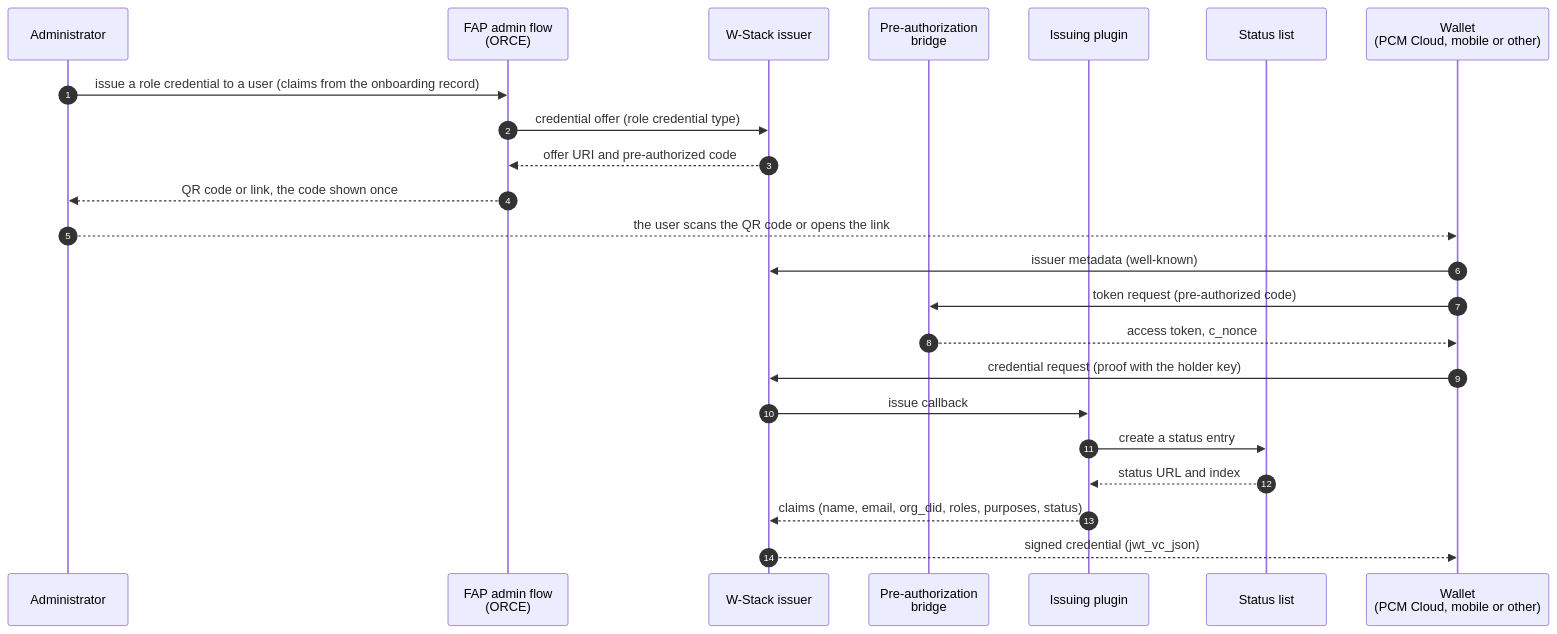
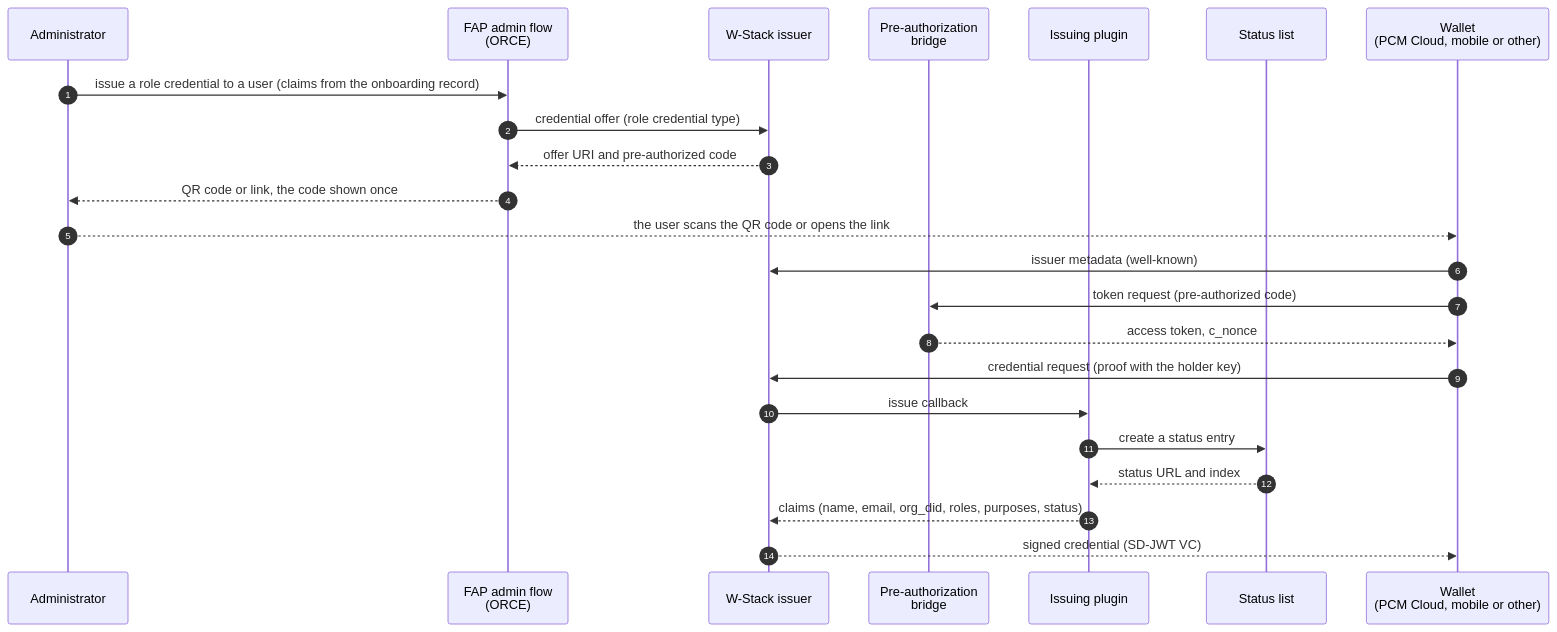
One commit to balessan/facis-fap-iot-ai changed the third of 9 diagrams in docs/architecture/icam-flows.md. Above: the diagram before and after it, drawn with Mermaid. The commit also changed other lines of this file and 9 other files, not shown here.

First line of the commit message:
docs: DSP identity profile, and the participant's wallet in the identity flows

````diff
--- a/docs/architecture/icam-flows.md
+++ b/docs/architecture/icam-flows.md
@@ -96,25 +108,25 @@
 ```mermaid
 sequenceDiagram
   autonumber
   participant A as Administrator
   participant ORCE as FAP admin flow<br/>(ORCE)
   participant ISS as W-Stack issuer
   participant PAB as Pre-authorization<br/>bridge
   participant PLG as Issuing plugin
   participant SL as Status list
   participant W as Wallet<br/>(PCM Cloud, mobile or other)
   A->>ORCE: issue a role credential to a user (claims from the onboarding record)
   ORCE->>ISS: credential offer (role credential type)
   ISS-->>ORCE: offer URI and pre-authorized code
   ORCE-->>A: QR code or link, the code shown once
   A-->>W: the user scans the QR code or opens the link
   W->>ISS: issuer metadata (well-known)
   W->>PAB: token request (pre-authorized code)
   PAB-->>W: access token, c_nonce
   W->>ISS: credential request (proof with the holder key)
   ISS->>PLG: issue callback
   PLG->>SL: create a status entry
   SL-->>PLG: status URL and index
   PLG-->>ISS: claims (name, email, org_did, roles, purposes, status)
-  ISS-->>W: signed credential (jwt_vc_json)
+  ISS-->>W: signed credential (SD-JWT VC)
 ```
````
